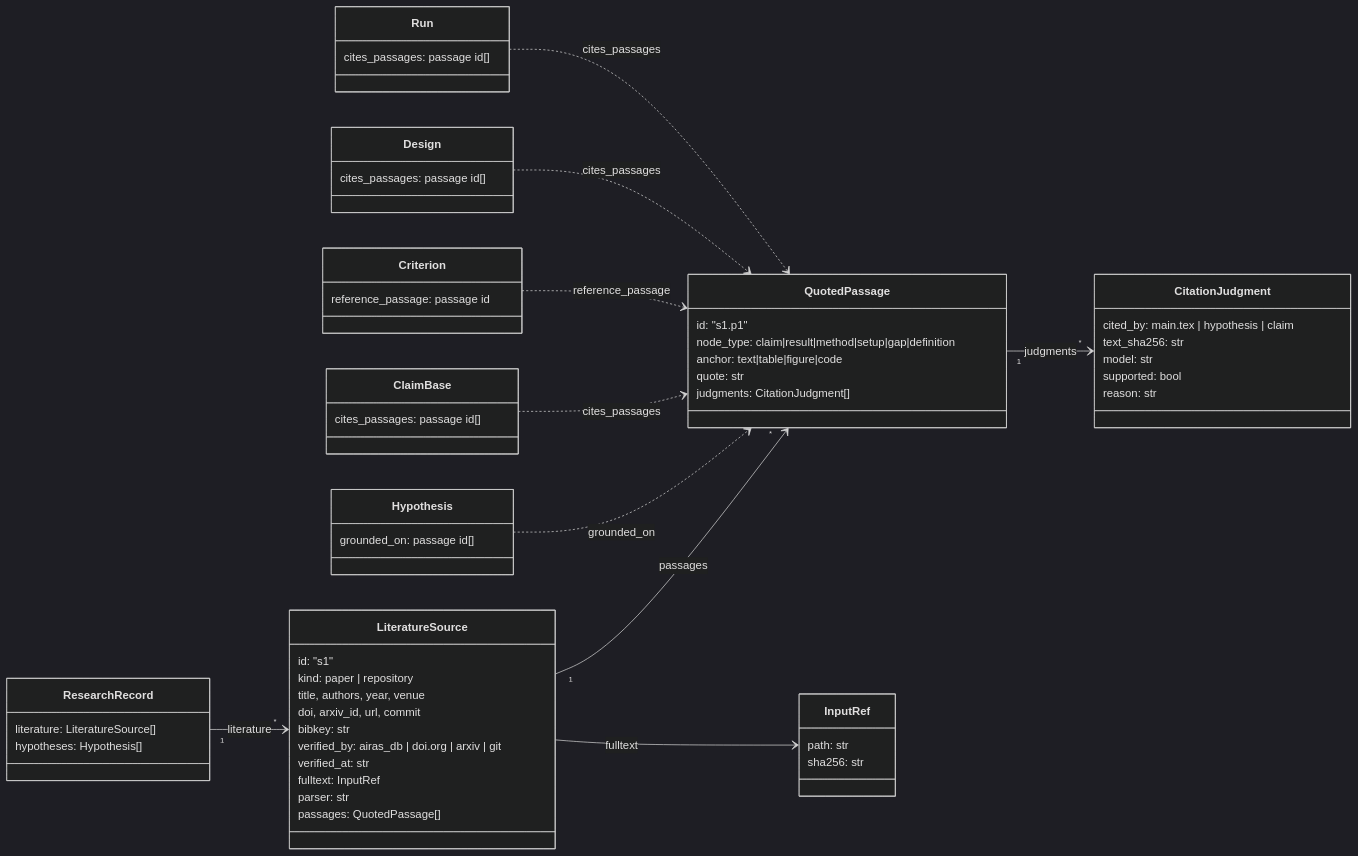
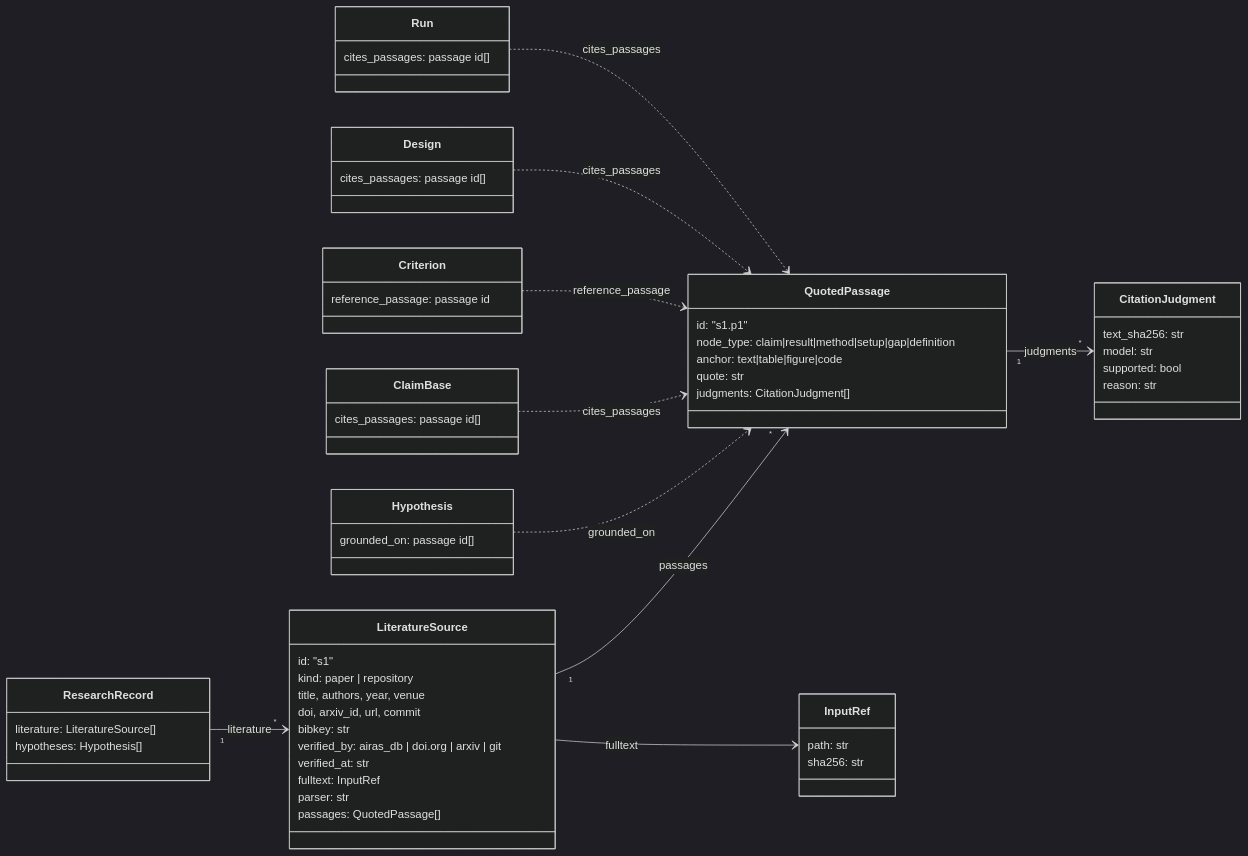
One commit to airas-org/airas changed the first of 2 diagrams in docs/record-json-schema.md. Above: the diagram before and after it, drawn with Mermaid (dark theme). The commit also changed other lines of this file and 4 other files, not shown here.

````diff
--- a/docs/record-json-schema.md
+++ b/docs/record-json-schema.md
@@ -16,64 +16,63 @@
 ```mermaid
 classDiagram
     direction LR
 
     class ResearchRecord {
         literature: LiteratureSource[]
         hypotheses: Hypothesis[]
     }
     class LiteratureSource {
         id: "s1"
         kind: paper | repository
         title, authors, year, venue
         doi, arxiv_id, url, commit
         bibkey: str
         verified_by: airas_db | doi.org | arxiv | git
         verified_at: str
         fulltext: InputRef
         parser: str
         passages: QuotedPassage[]
     }
     class QuotedPassage {
         id: "s1.p1"
         node_type: claim|result|method|setup|gap|definition
         anchor: text|table|figure|code
         quote: str
         judgments: CitationJudgment[]
     }
     class CitationJudgment {
-        cited_by: main.tex | hypothesis | claim
         text_sha256: str
         model: str
         supported: bool
         reason: str
     }
     class InputRef {
         path: str
         sha256: str
     }
     class Hypothesis {
         grounded_on: passage id[]
     }
     class ClaimBase {
         cites_passages: passage id[]
     }
     class Criterion {
         reference_passage: passage id
     }
     class Design {
         cites_passages: passage id[]
     }
     class Run {
         cites_passages: passage id[]
     }
 
     ResearchRecord "1" --> "*" LiteratureSource : literature
     LiteratureSource "1" --> "*" QuotedPassage : passages
     QuotedPassage "1" --> "*" CitationJudgment : judgments
     LiteratureSource --> InputRef : fulltext
     Hypothesis ..> QuotedPassage : grounded_on
     ClaimBase ..> QuotedPassage : cites_passages
     Criterion ..> QuotedPassage : reference_passage
     Design ..> QuotedPassage : cites_passages
     Run ..> QuotedPassage : cites_passages
 ```
````
